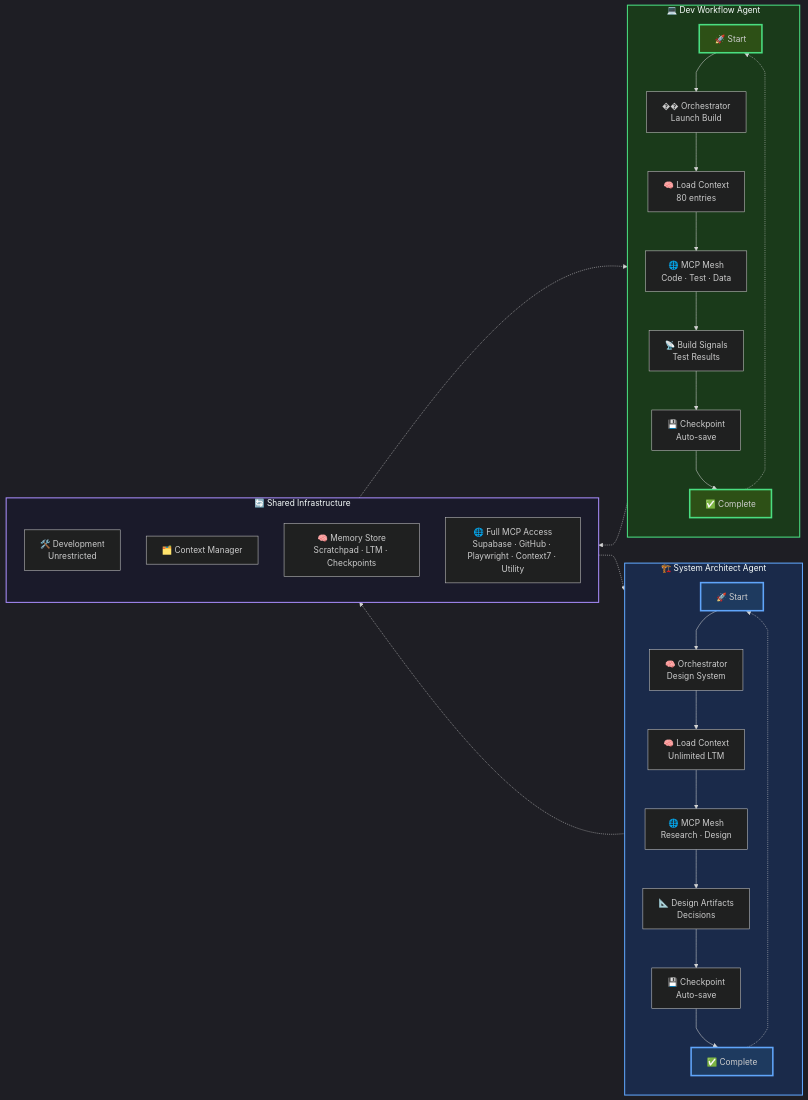
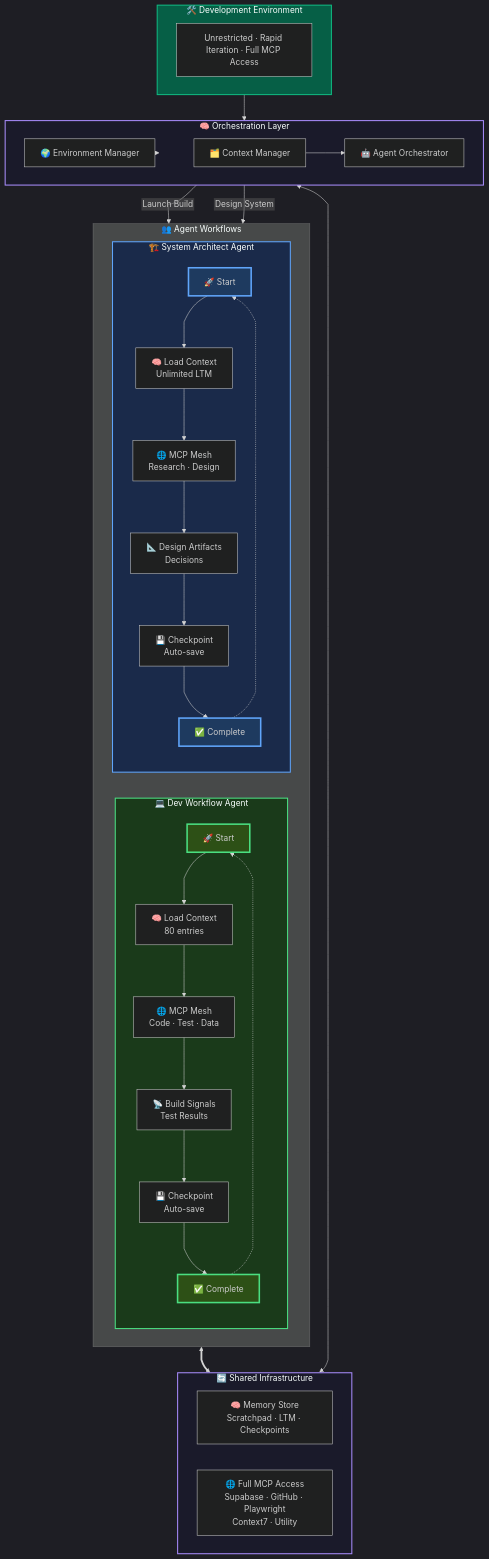
The diagram in dev-tools/workspace/context/session_store/context-development.mmd (Alextorelli/ProspectPro), drawn with Mermaid before and after one commit. The commit also changed 2 other files, not shown here.

Commit message:
feat: restructure flowcharts for development, production, and staging environments with improved clarity and organization

```diff
--- a/dev-tools/workspace/context/session_store/context-development.mmd
+++ b/dev-tools/workspace/context/session_store/context-development.mmd
@@ -1,60 +1,76 @@
 %%{init: { "theme": "dark", "fontFamily": "Inter", "flowchart": { "htmlLabels": false, "curve": "monotoneX" } }}%%
-flowchart LR
-    subgraph DEV_FLOW["💻 Dev Workflow Agent"]
-        direction TB
-        DEV_START["🚀 Start"]
-        DEV_ORCH["�� Orchestrator<br/>Launch Build"]
-        DEV_MEM["🧠 Load Context<br/>80 entries"]
-        DEV_MCP["🌐 MCP Mesh<br/>Code · Test · Data"]
-        DEV_SIG["📡 Build Signals<br/>Test Results"]
-        DEV_SAVE["💾 Checkpoint<br/>Auto-save"]
-        DEV_END["✅ Complete"]
-        
-        DEV_START --> DEV_ORCH
-        DEV_ORCH --> DEV_MEM
-        DEV_MEM --> DEV_MCP
-        DEV_MCP --> DEV_SIG
-        DEV_SIG --> DEV_SAVE
-        DEV_SAVE --> DEV_END
-        DEV_END -.-> DEV_START
+flowchart TB
+    subgraph ENV["🛠️ Development Environment"]
+        ENV_LABEL["Unrestricted · Rapid Iteration · Full MCP Access"]
+    end
+    
+    subgraph ORCH["🧠 Orchestration Layer"]
+        direction LR
+        CM["🗂️ Context Manager"]
+        AO["🤖 Agent Orchestrator"]
+        EM["🌍 Environment Manager"]
     end
 
-    subgraph ARCH_FLOW["🏗️ System Architect Agent"]
-        direction TB
-        ARCH_START["🚀 Start"]
-        ARCH_ORCH["🧠 Orchestrator<br/>Design System"]
-        ARCH_MEM["🧠 Load Context<br/>Unlimited LTM"]
-        ARCH_MCP["🌐 MCP Mesh<br/>Research · Design"]
-        ARCH_SIG["📐 Design Artifacts<br/>Decisions"]
-        ARCH_SAVE["💾 Checkpoint<br/>Auto-save"]
-        ARCH_END["✅ Complete"]
+    ENV --> EM
+    EM --> ORCH
+    CM --> AO
+
+    subgraph AGENTS["👥 Agent Workflows"]
+        direction LR
         
-        ARCH_START --> ARCH_ORCH
-        ARCH_ORCH --> ARCH_MEM
-        ARCH_MEM --> ARCH_MCP
-        ARCH_MCP --> ARCH_SIG
-        ARCH_SIG --> ARCH_SAVE
-        ARCH_SAVE --> ARCH_END
-        ARCH_END -.-> ARCH_START
+        subgraph DEV_FLOW["💻 Dev Workflow Agent"]
+            direction TB
+            DEV_START["🚀 Start"]
+            DEV_MEM["🧠 Load Context<br/>80 entries"]
+            DEV_MCP["🌐 MCP Mesh<br/>Code · Test · Data"]
+            DEV_SIG["📡 Build Signals<br/>Test Results"]
+            DEV_SAVE["💾 Checkpoint<br/>Auto-save"]
+            DEV_END["✅ Complete"]
+            
+            DEV_START --> DEV_MEM
+            DEV_MEM --> DEV_MCP
+            DEV_MCP --> DEV_SIG
+            DEV_SIG --> DEV_SAVE
+            DEV_SAVE --> DEV_END
+            DEV_END -.-> DEV_START
+        end
+
+        subgraph ARCH_FLOW["🏗️ System Architect Agent"]
+            direction TB
+            ARCH_START["🚀 Start"]
+            ARCH_MEM["🧠 Load Context<br/>Unlimited LTM"]
+            ARCH_MCP["🌐 MCP Mesh<br/>Research · Design"]
+            ARCH_SIG["📐 Design Artifacts<br/>Decisions"]
+            ARCH_SAVE["💾 Checkpoint<br/>Auto-save"]
+            ARCH_END["✅ Complete"]
+            
+            ARCH_START --> ARCH_MEM
+            ARCH_MEM --> ARCH_MCP
+            ARCH_MCP --> ARCH_SIG
+            ARCH_SIG --> ARCH_SAVE
+            ARCH_SAVE --> ARCH_END
+            ARCH_END -.-> ARCH_START
+        end
     end
 
+    AO -- "Launch Build" --> DEV_START
+    AO -- "Design System" --> ARCH_START
+
     subgraph SHARED["🔄 Shared Infrastructure"]
-        direction TB
-        ENV["🛠️ Development<br/>Unrestricted"]
-        CM["🗂️ Context Manager"]
+        direction LR
         MEMORY["🧠 Memory Store<br/>Scratchpad · LTM · Checkpoints"]
-        MCP["🌐 Full MCP Access<br/>Supabase · GitHub · Playwright · Context7 · Utility"]
+        MCP["🌐 Full MCP Access<br/>Supabase · GitHub · Playwright<br/>Context7 · Utility"]
     end
 
-    DEV_FLOW -.-> SHARED
-    ARCH_FLOW -.-> SHARED
-    SHARED -.-> DEV_FLOW
-    SHARED -.-> ARCH_FLOW
+    AGENTS <==> SHARED
+    ORCH <--> SHARED
 
+    style ENV fill:#065f46,stroke:#10b981,stroke-width:2px
+    style ORCH fill:#1a1a2a,stroke:#a78bfa,stroke-width:2px
     style DEV_FLOW fill:#1a3a1a,stroke:#4ade80,stroke-width:2px
     style ARCH_FLOW fill:#1a2a4a,stroke:#60a5fa,stroke-width:2px
     style SHARED fill:#1a1a2a,stroke:#a78bfa,stroke-width:2px
     style DEV_START fill:#2d5016,stroke:#4ade80,stroke-width:3px
     style ARCH_START fill:#1e3a5f,stroke:#60a5fa,stroke-width:3px
     style DEV_END fill:#2d5016,stroke:#4ade80,stroke-width:3px
     style ARCH_END fill:#1e3a5f,stroke:#60a5fa,stroke-width:3px
```
